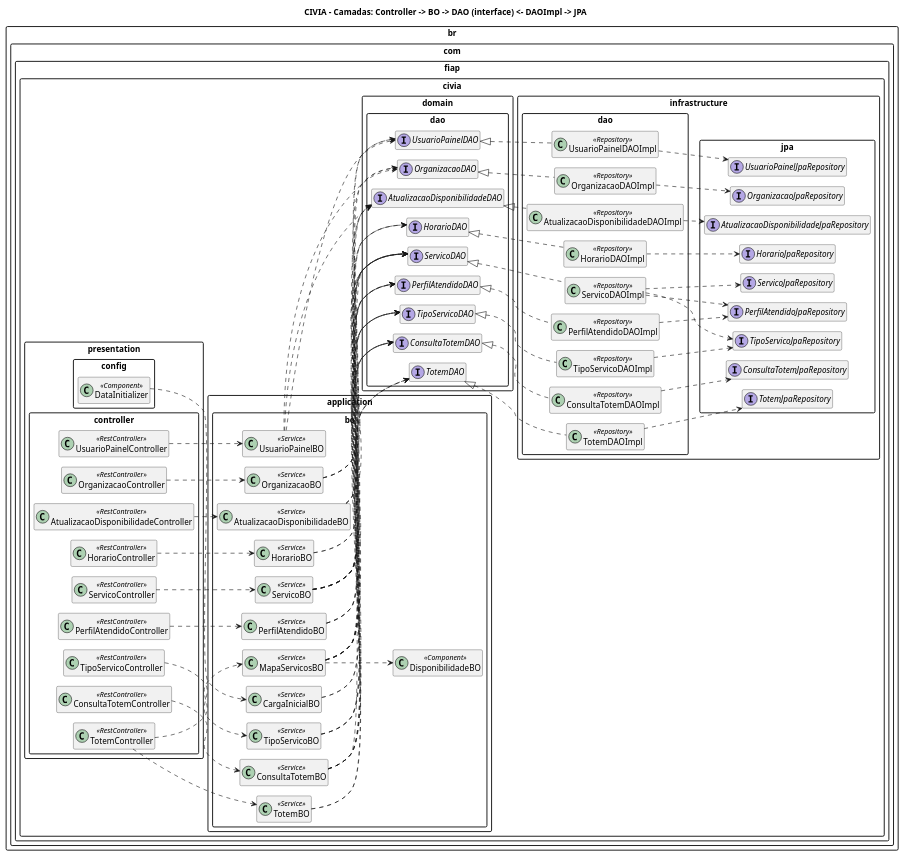
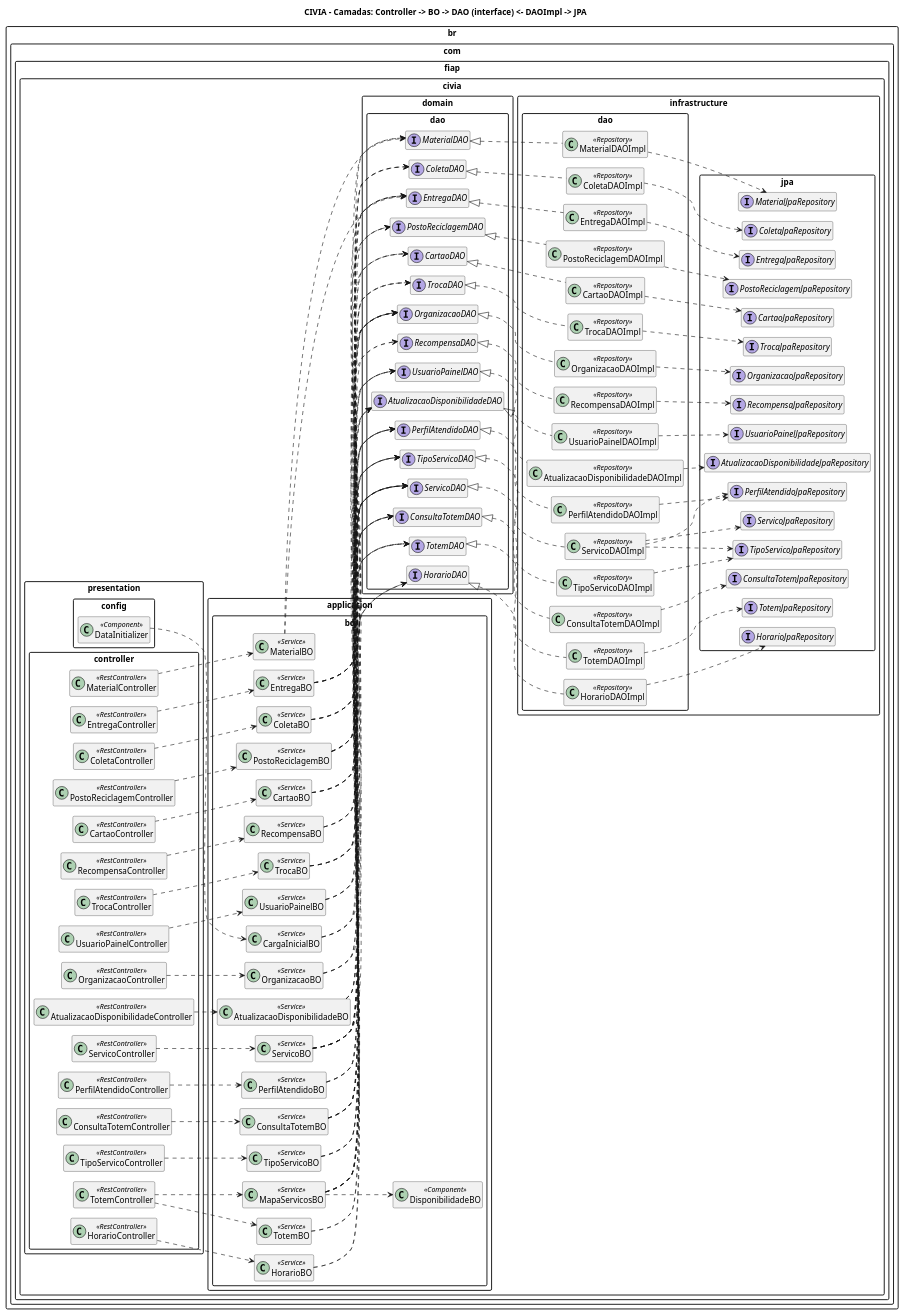
The diagram in docs/diagrama-classes-camadas.puml (Gabrielvianaana/civia-api), drawn with PlantUML before and after one commit. The commit also changed 99 other files, not shown here.

Commit message:
Módulo de reciclagem: 7 tabelas com modelo, DAO, BO e controllers

```diff
--- a/docs/diagrama-classes-camadas.puml
+++ b/docs/diagrama-classes-camadas.puml
@@ -12,17 +12,29 @@
   }
   class CargaInicialBO <<Service>> {
   }
+  class CartaoBO <<Service>> {
+  }
+  class ColetaBO <<Service>> {
+  }
   class ConsultaTotemBO <<Service>> {
   }
   class DisponibilidadeBO <<Component>> {
+  }
+  class EntregaBO <<Service>> {
   }
   class HorarioBO <<Service>> {
   }
   class MapaServicosBO <<Service>> {
   }
+  class MaterialBO <<Service>> {
+  }
   class OrganizacaoBO <<Service>> {
   }
   class PerfilAtendidoBO <<Service>> {
+  }
+  class PostoReciclagemBO <<Service>> {
+  }
+  class RecompensaBO <<Service>> {
   }
   class ServicoBO <<Service>> {
   }
@@ -30,19 +42,33 @@
   }
   class TotemBO <<Service>> {
   }
+  class TrocaBO <<Service>> {
+  }
   class UsuarioPainelBO <<Service>> {
   }
 }
 package "br.com.fiap.civia.domain.dao" {
   interface AtualizacaoDisponibilidadeDAO {
   }
+  interface CartaoDAO {
+  }
+  interface ColetaDAO {
+  }
   interface ConsultaTotemDAO {
   }
+  interface EntregaDAO {
+  }
   interface HorarioDAO {
+  }
+  interface MaterialDAO {
   }
   interface OrganizacaoDAO {
   }
   interface PerfilAtendidoDAO {
+  }
+  interface PostoReciclagemDAO {
+  }
+  interface RecompensaDAO {
   }
   interface ServicoDAO {
   }
@@ -50,19 +76,33 @@
   }
   interface TotemDAO {
   }
+  interface TrocaDAO {
+  }
   interface UsuarioPainelDAO {
   }
 }
 package "br.com.fiap.civia.infrastructure.dao" {
   class AtualizacaoDisponibilidadeDAOImpl <<Repository>> {
   }
+  class CartaoDAOImpl <<Repository>> {
+  }
+  class ColetaDAOImpl <<Repository>> {
+  }
   class ConsultaTotemDAOImpl <<Repository>> {
   }
+  class EntregaDAOImpl <<Repository>> {
+  }
   class HorarioDAOImpl <<Repository>> {
+  }
+  class MaterialDAOImpl <<Repository>> {
   }
   class OrganizacaoDAOImpl <<Repository>> {
   }
   class PerfilAtendidoDAOImpl <<Repository>> {
+  }
+  class PostoReciclagemDAOImpl <<Repository>> {
+  }
+  class RecompensaDAOImpl <<Repository>> {
   }
   class ServicoDAOImpl <<Repository>> {
   }
@@ -70,25 +110,41 @@
   }
   class TotemDAOImpl <<Repository>> {
   }
+  class TrocaDAOImpl <<Repository>> {
+  }
   class UsuarioPainelDAOImpl <<Repository>> {
   }
 }
 package "br.com.fiap.civia.infrastructure.jpa" {
   interface AtualizacaoDisponibilidadeJpaRepository {
   }
+  interface CartaoJpaRepository {
+  }
+  interface ColetaJpaRepository {
+  }
   interface ConsultaTotemJpaRepository {
   }
+  interface EntregaJpaRepository {
+  }
   interface HorarioJpaRepository {
+  }
+  interface MaterialJpaRepository {
   }
   interface OrganizacaoJpaRepository {
   }
   interface PerfilAtendidoJpaRepository {
+  }
+  interface PostoReciclagemJpaRepository {
+  }
+  interface RecompensaJpaRepository {
   }
   interface ServicoJpaRepository {
   }
   interface TipoServicoJpaRepository {
   }
   interface TotemJpaRepository {
+  }
+  interface TrocaJpaRepository {
   }
   interface UsuarioPainelJpaRepository {
   }
@@ -100,19 +156,33 @@
 package "br.com.fiap.civia.presentation.controller" {
   class AtualizacaoDisponibilidadeController <<RestController>> {
   }
+  class CartaoController <<RestController>> {
+  }
+  class ColetaController <<RestController>> {
+  }
   class ConsultaTotemController <<RestController>> {
   }
+  class EntregaController <<RestController>> {
+  }
   class HorarioController <<RestController>> {
+  }
+  class MaterialController <<RestController>> {
   }
   class OrganizacaoController <<RestController>> {
   }
   class PerfilAtendidoController <<RestController>> {
+  }
+  class PostoReciclagemController <<RestController>> {
+  }
+  class RecompensaController <<RestController>> {
   }
   class ServicoController <<RestController>> {
   }
   class TipoServicoController <<RestController>> {
   }
   class TotemController <<RestController>> {
+  }
+  class TrocaController <<RestController>> {
   }
   class UsuarioPainelController <<RestController>> {
   }
@@ -123,8 +193,23 @@
 AtualizacaoDisponibilidadeController ..> AtualizacaoDisponibilidadeBO
 AtualizacaoDisponibilidadeDAO <|.. AtualizacaoDisponibilidadeDAOImpl
 AtualizacaoDisponibilidadeDAOImpl ..> AtualizacaoDisponibilidadeJpaRepository
+CargaInicialBO ..> MaterialDAO
 CargaInicialBO ..> PerfilAtendidoDAO
 CargaInicialBO ..> TipoServicoDAO
+CartaoBO ..> CartaoDAO
+CartaoBO ..> EntregaDAO
+CartaoBO ..> OrganizacaoDAO
+CartaoBO ..> TrocaDAO
+CartaoController ..> CartaoBO
+CartaoDAO <|.. CartaoDAOImpl
+CartaoDAOImpl ..> CartaoJpaRepository
+ColetaBO ..> ColetaDAO
+ColetaBO ..> EntregaDAO
+ColetaBO ..> OrganizacaoDAO
+ColetaBO ..> PostoReciclagemDAO
+ColetaController ..> ColetaBO
+ColetaDAO <|.. ColetaDAOImpl
+ColetaDAOImpl ..> ColetaJpaRepository
 ConsultaTotemBO ..> ConsultaTotemDAO
 ConsultaTotemBO ..> PerfilAtendidoDAO
 ConsultaTotemBO ..> ServicoDAO
@@ -134,6 +219,14 @@
 ConsultaTotemDAO <|.. ConsultaTotemDAOImpl
 ConsultaTotemDAOImpl ..> ConsultaTotemJpaRepository
 DataInitializer ..> CargaInicialBO
+EntregaBO ..> CartaoDAO
+EntregaBO ..> ColetaDAO
+EntregaBO ..> EntregaDAO
+EntregaBO ..> MaterialDAO
+EntregaBO ..> PostoReciclagemDAO
+EntregaController ..> EntregaBO
+EntregaDAO <|.. EntregaDAOImpl
+EntregaDAOImpl ..> EntregaJpaRepository
 HorarioBO ..> HorarioDAO
 HorarioBO ..> ServicoDAO
 HorarioController ..> HorarioBO
@@ -146,6 +239,11 @@
 MapaServicosBO ..> ServicoDAO
 MapaServicosBO ..> TipoServicoDAO
 MapaServicosBO ..> TotemDAO
+MaterialBO ..> EntregaDAO
+MaterialBO ..> MaterialDAO
+MaterialController ..> MaterialBO
+MaterialDAO <|.. MaterialDAOImpl
+MaterialDAOImpl ..> MaterialJpaRepository
 OrganizacaoBO ..> OrganizacaoDAO
 OrganizacaoBO ..> ServicoDAO
 OrganizacaoBO ..> UsuarioPainelDAO
@@ -158,6 +256,20 @@
 PerfilAtendidoController ..> PerfilAtendidoBO
 PerfilAtendidoDAO <|.. PerfilAtendidoDAOImpl
 PerfilAtendidoDAOImpl ..> PerfilAtendidoJpaRepository
+PostoReciclagemBO ..> ColetaDAO
+PostoReciclagemBO ..> EntregaDAO
+PostoReciclagemBO ..> OrganizacaoDAO
+PostoReciclagemBO ..> PostoReciclagemDAO
+PostoReciclagemBO ..> TotemDAO
+PostoReciclagemController ..> PostoReciclagemBO
+PostoReciclagemDAO <|.. PostoReciclagemDAOImpl
+PostoReciclagemDAOImpl ..> PostoReciclagemJpaRepository
+RecompensaBO ..> OrganizacaoDAO
+RecompensaBO ..> RecompensaDAO
+RecompensaBO ..> TrocaDAO
+RecompensaController ..> RecompensaBO
+RecompensaDAO <|.. RecompensaDAOImpl
+RecompensaDAOImpl ..> RecompensaJpaRepository
 ServicoBO ..> AtualizacaoDisponibilidadeDAO
 ServicoBO ..> ConsultaTotemDAO
 ServicoBO ..> HorarioDAO
@@ -182,6 +294,13 @@
 TotemController ..> TotemBO
 TotemDAO <|.. TotemDAOImpl
 TotemDAOImpl ..> TotemJpaRepository
+TrocaBO ..> CartaoDAO
+TrocaBO ..> RecompensaDAO
+TrocaBO ..> TrocaDAO
+TrocaBO ..> UsuarioPainelDAO
+TrocaController ..> TrocaBO
+TrocaDAO <|.. TrocaDAOImpl
+TrocaDAOImpl ..> TrocaJpaRepository
 UsuarioPainelBO ..> AtualizacaoDisponibilidadeDAO
 UsuarioPainelBO ..> OrganizacaoDAO
 UsuarioPainelBO ..> UsuarioPainelDAO
```
